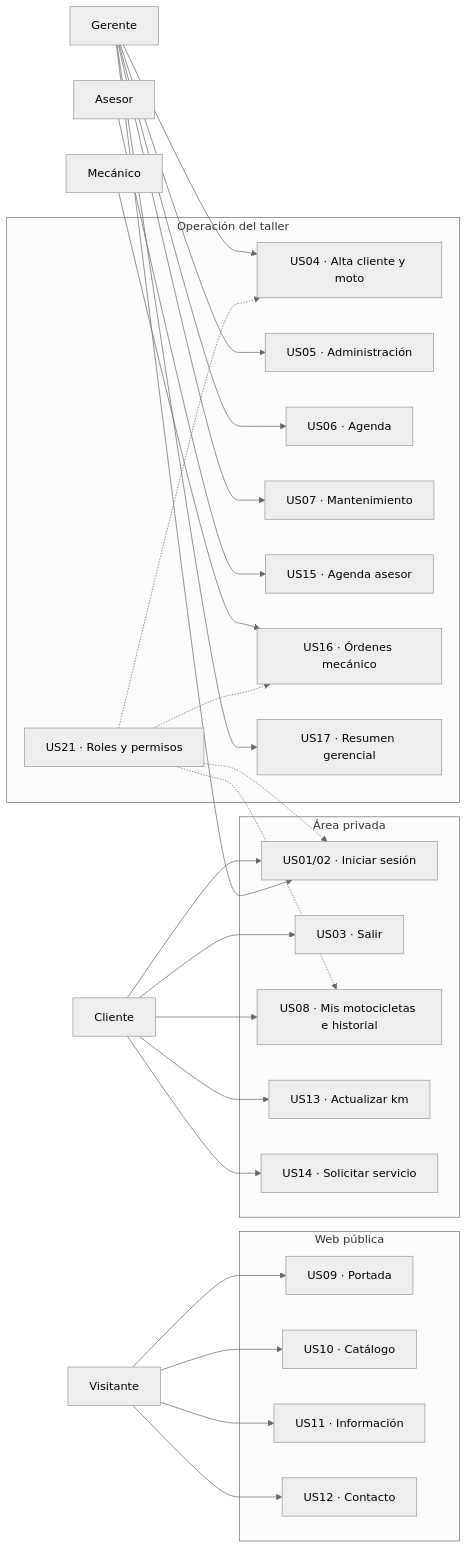
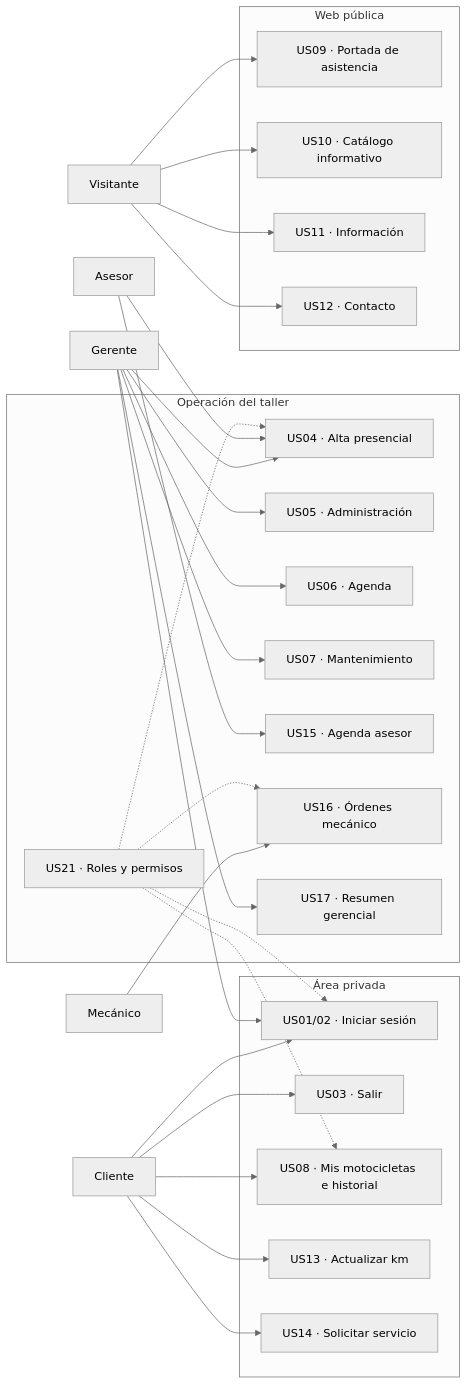
Before and after one commit to iokort/Follow-Motors: the diagram in docs/diagramas/casos-de-uso.md, drawn with Mermaid (neutral theme). The commit also changed other lines of this file and 10 other files, not shown here.

Commit message:
docs: adaptar US, interfaz y arquitectura a portal posventa de alta presencial

````diff
--- a/docs/diagramas/casos-de-uso.md
+++ b/docs/diagramas/casos-de-uso.md
@@ -5,52 +5,53 @@
 ```mermaid
 flowchart LR
   Visitante["Visitante"]
   Cliente["Cliente"]
   Gerente["Gerente"]
   Asesor["Asesor"]
   Mecanico["Mecánico"]
   subgraph Publica["Web pública"]
-    Inicio["US09 · Portada"]
-    Catalogo["US10 · Catálogo"]
+    Inicio["US09 · Portada de asistencia"]
+    Catalogo["US10 · Catálogo informativo"]
     FAQ["US11 · Información"]
     Contacto["US12 · Contacto"]
   end
   subgraph Privada["Área privada"]
     Login["US01/02 · Iniciar sesión"]
     Logout["US03 · Salir"]
     MisMotos["US08 · Mis motocicletas e historial"]
     Km["US13 · Actualizar km"]
     Solicitar["US14 · Solicitar servicio"]
   end
   subgraph Taller["Operación del taller"]
-    Alta["US04 · Alta cliente y moto"]
+    Alta["US04 · Alta presencial"]
     Editar["US05 · Administración"]
     Agenda["US06 · Agenda"]
     Servicio["US07 · Mantenimiento"]
     Asesoria["US15 · Agenda asesor"]
     Ordenes["US16 · Órdenes mecánico"]
     Resumen["US17 · Resumen gerencial"]
     Auth["US21 · Roles y permisos"]
   end
   Visitante --> Inicio
   Visitante --> Catalogo
   Visitante --> FAQ
   Visitante --> Contacto
   Cliente --> Login
   Cliente --> Logout
   Cliente --> MisMotos
   Cliente --> Km
   Cliente --> Solicitar
   Gerente --> Login
   Gerente --> Alta
   Gerente --> Editar
   Gerente --> Agenda
   Gerente --> Servicio
   Gerente --> Resumen
+  Asesor --> Alta
   Asesor --> Asesoria
   Mecanico --> Ordenes
   Auth -.-> Login
   Auth -.-> Alta
   Auth -.-> MisMotos
   Auth -.-> Ordenes
 ```
````
